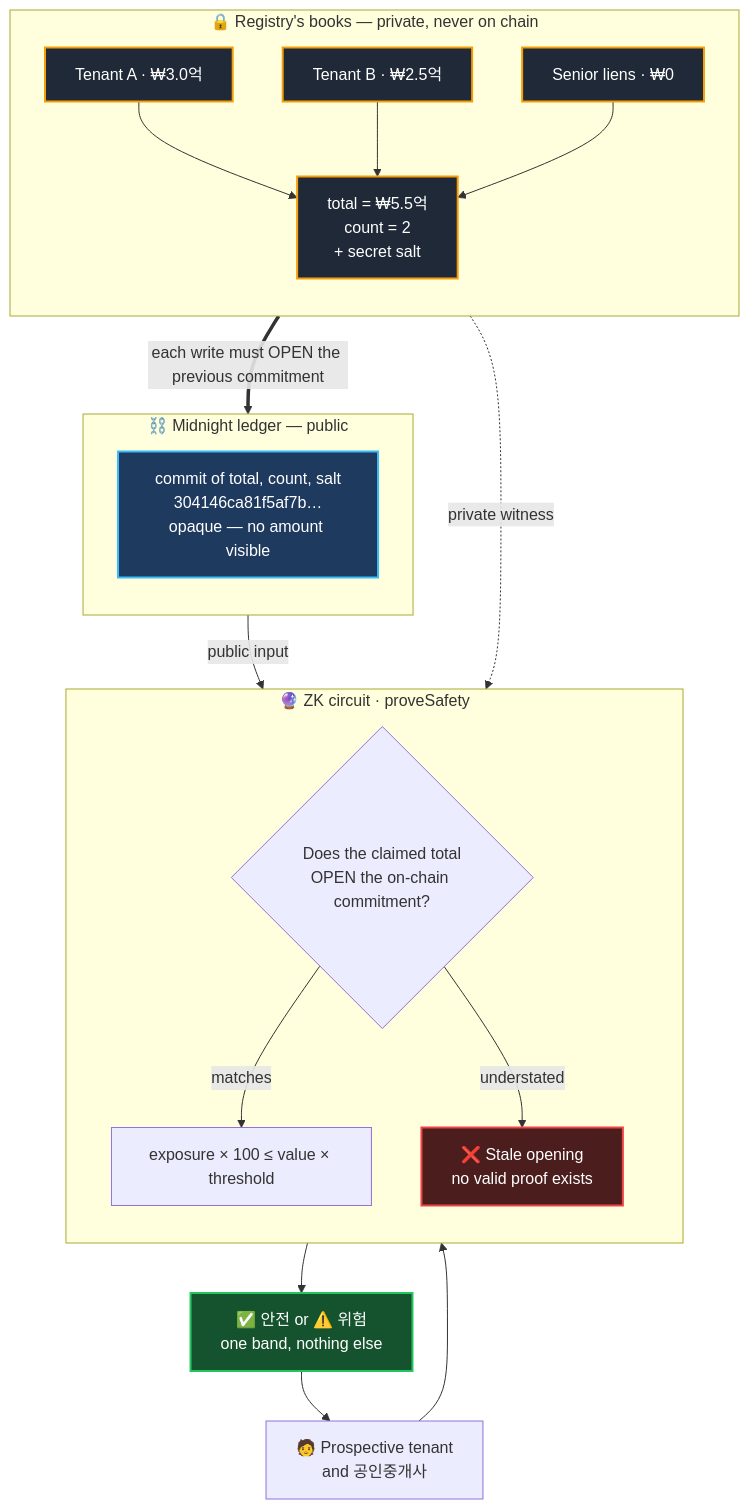
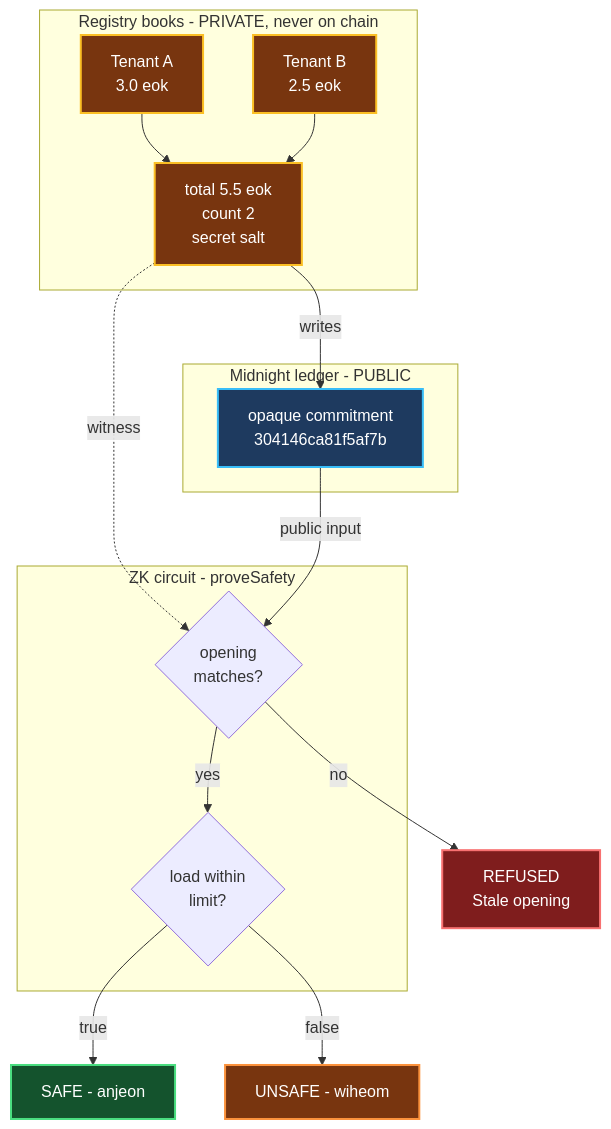
The first of 2 diagrams in README.md (MJ-Jinx/waterline), drawn with Mermaid before and after one commit. The commit also changed other lines of this file and 3 other files, not shown here.

````diff
--- a/README.md
+++ b/README.md
@@ -37,46 +66,42 @@
 ```mermaid
 flowchart TB
-    subgraph PRIV["🔒 Registry's books — private, never on chain"]
-        direction TB
-        LA["Tenant A · ₩3.0억"]
-        LB["Tenant B · ₩2.5억"]
-        LI["Senior liens · ₩0"]
-        TOT["total = ₩5.5억<br/>count = 2<br/>+ secret salt"]
+    subgraph PRIV["Registry books - PRIVATE, never on chain"]
+        LA["Tenant A<br/>3.0 eok"]
+        LB["Tenant B<br/>2.5 eok"]
+        TOT["total 5.5 eok<br/>count 2<br/>secret salt"]
     end
 
-    subgraph CH["⛓️ Midnight ledger — public"]
-        direction TB
-        COM["commit of total, count, salt<br/>304146ca81f5af7b…<br/>opaque — no amount visible"]
+    subgraph CHAIN["Midnight ledger - PUBLIC"]
+        COM["opaque commitment<br/>304146ca81f5af7b"]
     end
 
-    subgraph ZK["🔮 ZK circuit · proveSafety"]
-        direction TB
-        OPEN{"Does the claimed total<br/>OPEN the on-chain commitment?"}
-        LOAD["exposure × 100 ≤ value × threshold"]
-        FAIL["❌ Stale opening<br/>no valid proof exists"]
+    subgraph CIRCUIT["ZK circuit - proveSafety"]
+        OPEN{"opening<br/>matches?"}
+        LOAD{"load within<br/>limit?"}
     end
 
-    ASK["🧑 Prospective tenant<br/>and 공인중개사"]
-    OUT["✅ 안전 or ⚠️ 위험<br/>one band, nothing else"]
+    FAIL["REFUSED<br/>Stale opening"]
+    SAFE["SAFE - anjeon"]
+    RISK["UNSAFE - wiheom"]
 
     LA --> TOT
     LB --> TOT
-    LI --> TOT
-    TOT ==>|"each write must OPEN the previous commitment"| COM
-    TOT -.->|"private witness"| OPEN
+    TOT -->|"writes"| COM
+    TOT -.->|"witness"| OPEN
     COM -->|"public input"| OPEN
-    OPEN -->|"matches"| LOAD
-    OPEN -->|"understated"| FAIL
-    LOAD --> OUT
-    ASK --> OPEN
-    OUT --> ASK
+    OPEN -->|"no"| FAIL
+    OPEN -->|"yes"| LOAD
+    LOAD -->|"true"| SAFE
+    LOAD -->|"false"| RISK
 
-    classDef priv fill:#1f2937,stroke:#f59e0b,stroke-width:2px,color:#fff
+    classDef priv fill:#78350f,stroke:#fbbf24,stroke-width:2px,color:#fff
     classDef pub fill:#1e3a5f,stroke:#38bdf8,stroke-width:2px,color:#fff
-    classDef bad fill:#4c1d1d,stroke:#ef4444,stroke-width:2px,color:#fff
-    classDef good fill:#14532d,stroke:#22c55e,stroke-width:2px,color:#fff
-    class LA,LB,LI,TOT priv
+    classDef bad fill:#7f1d1d,stroke:#f87171,stroke-width:2px,color:#fff
+    classDef good fill:#14532d,stroke:#4ade80,stroke-width:2px,color:#fff
+    classDef warn fill:#78350f,stroke:#fb923c,stroke-width:2px,color:#fff
+    class LA,LB,TOT priv
     class COM pub
     class FAIL bad
-    class OUT good
+    class SAFE good
+    class RISK warn
 ```
````
